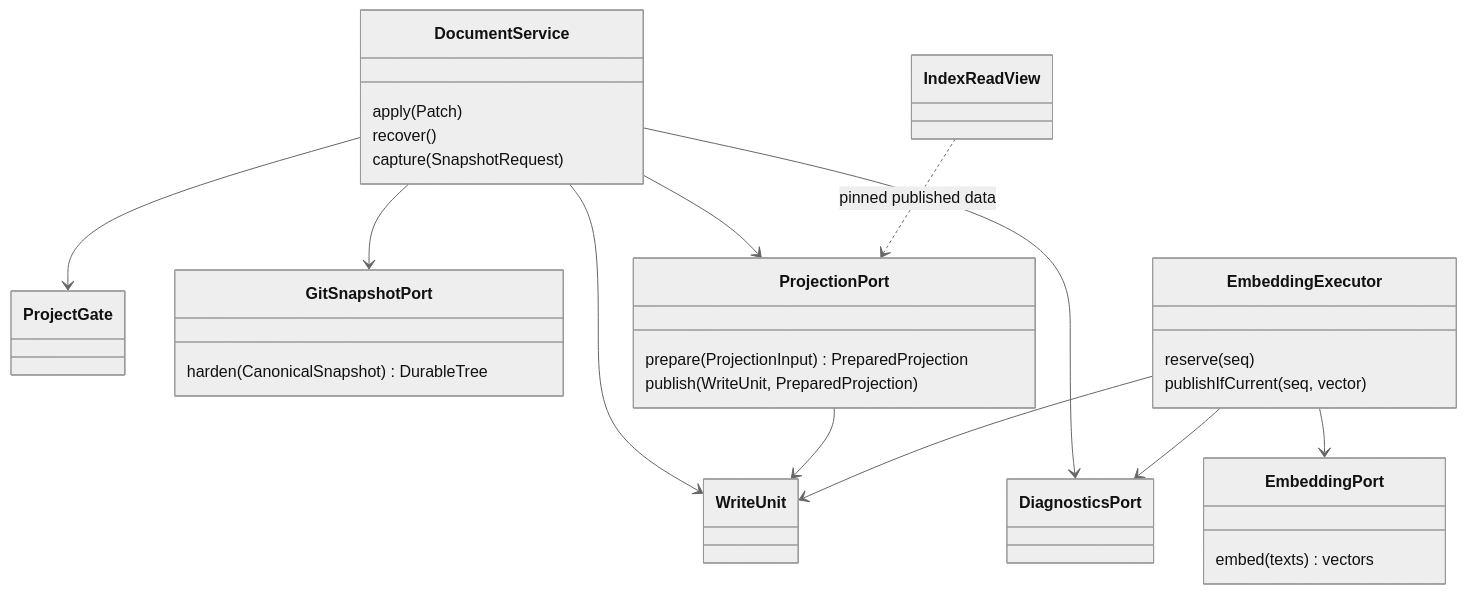
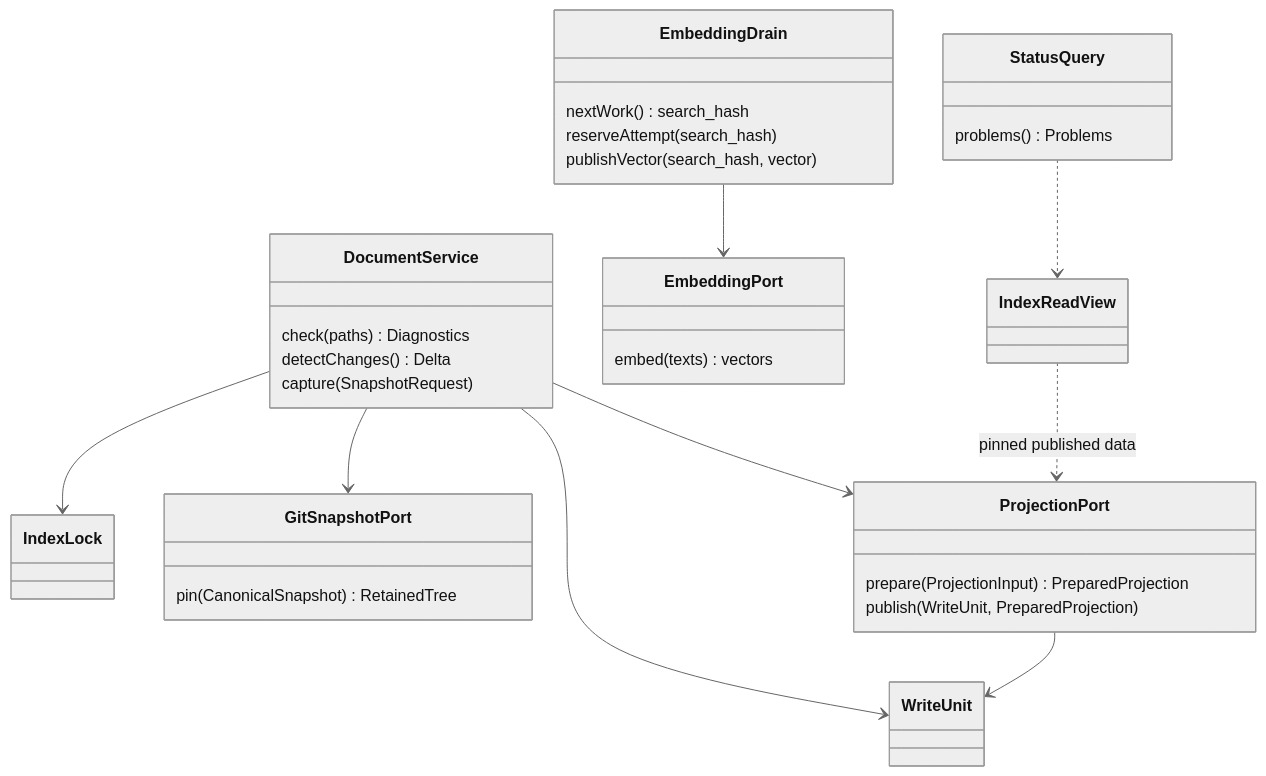
The diagram in docs/zkit/letopis/diagrams/mechanics-types.mmd (zdkadiev/letopis), drawn with Mermaid (neutral theme) before and after one commit. The commit also changed 94 other files, not shown here.

Commit message:
docs: align Letopis design and roadmap with D-91 through D-95

```diff
--- a/docs/zkit/letopis/diagrams/mechanics-types.mmd
+++ b/docs/zkit/letopis/diagrams/mechanics-types.mmd
@@ -1,34 +1,35 @@
 classDiagram
 class DocumentService {
-  apply(Patch)
-  recover()
+  check(paths) Diagnostics
+  detectChanges() Delta
   capture(SnapshotRequest)
 }
-class ProjectGate
+class IndexLock
 class WriteUnit
 class GitSnapshotPort {
-  harden(CanonicalSnapshot) DurableTree
+  pin(CanonicalSnapshot) RetainedTree
 }
 class ProjectionPort {
   prepare(ProjectionInput) PreparedProjection
   publish(WriteUnit, PreparedProjection)
 }
-class EmbeddingExecutor {
-  reserve(seq)
-  publishIfCurrent(seq, vector)
+class EmbeddingDrain {
+  nextWork() search_hash
+  reserveAttempt(search_hash)
+  publishVector(search_hash, vector)
 }
 class EmbeddingPort {
   embed(texts) vectors
 }
 class IndexReadView
-class DiagnosticsPort
-DocumentService --> ProjectGate
+class StatusQuery {
+  problems() Problems
+}
+DocumentService --> IndexLock
 DocumentService --> GitSnapshotPort
 DocumentService --> WriteUnit
 DocumentService --> ProjectionPort
 ProjectionPort --> WriteUnit
-EmbeddingExecutor --> EmbeddingPort
-EmbeddingExecutor --> WriteUnit
-DocumentService --> DiagnosticsPort
-EmbeddingExecutor --> DiagnosticsPort
+EmbeddingDrain --> EmbeddingPort
+StatusQuery ..> IndexReadView
 IndexReadView ..> ProjectionPort : pinned published data
```
